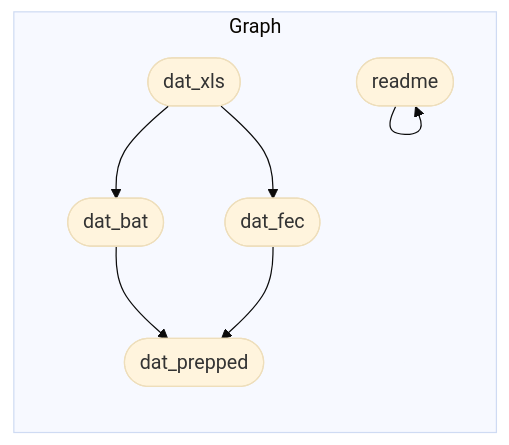
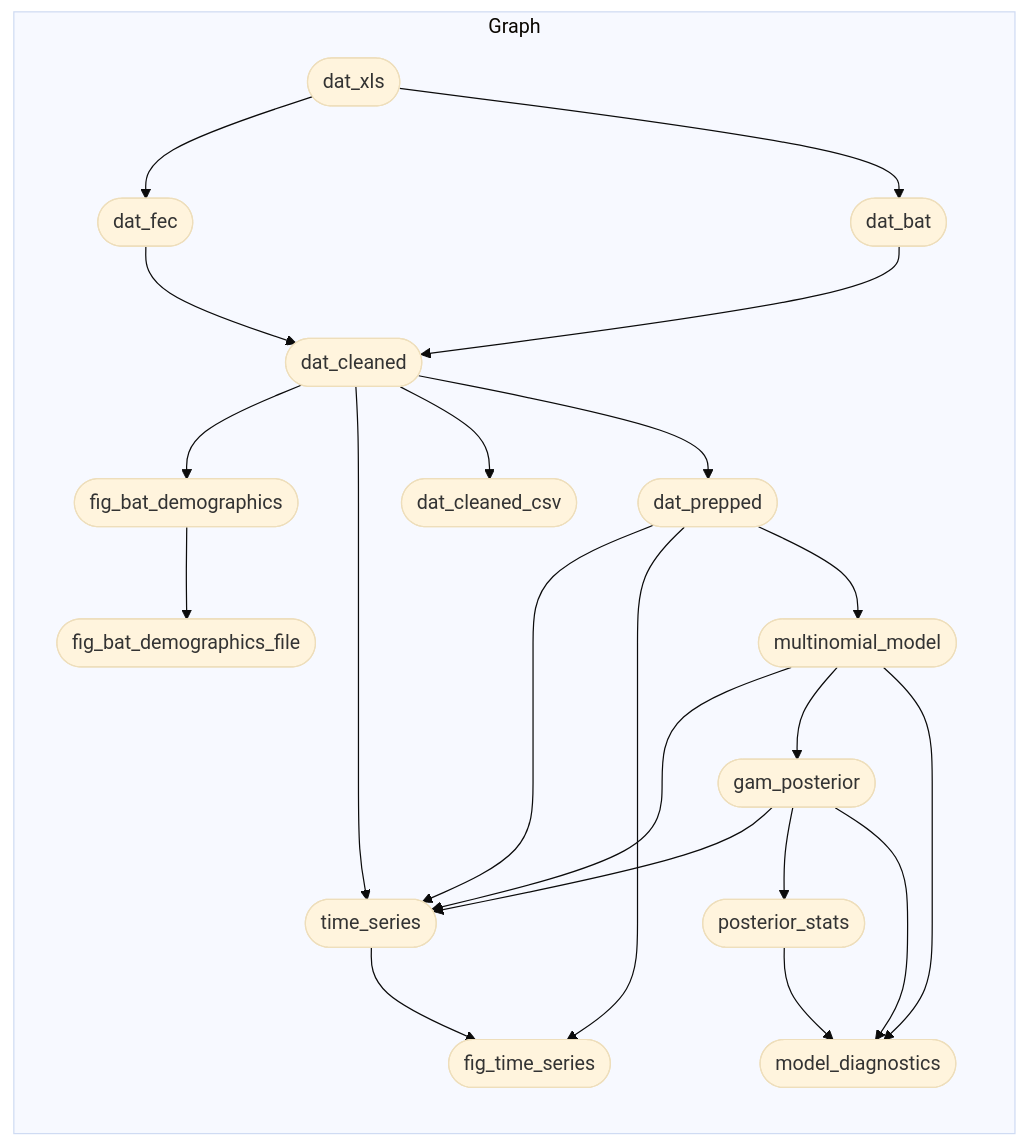
One commit to ecohealthalliance/sabrenet-rousettus-dynamics changed the diagram in README.md. Above: the diagram before and after it, drawn with Mermaid (base theme). The commit also changed 20 other files, not shown here.

````diff
--- a/README.md
+++ b/README.md
@@ -42,10 +42,25 @@
 ``` mermaid
 graph LR
   subgraph Graph
+    x7a7f43da56388c67(["fig_bat_demographics"]):::queued --> x57a7f9cc118d43ce(["fig_bat_demographics_file"]):::queued
+    xba784c3a136c631a(["dat_cleaned"]):::queued --> x7a7f43da56388c67(["fig_bat_demographics"]):::queued
+    xba784c3a136c631a(["dat_cleaned"]):::queued --> xf22c729b71100575(["time_series"]):::queued
+    x4a5cfaffa1d0e789(["dat_prepped"]):::queued --> xf22c729b71100575(["time_series"]):::queued
+    x89c8b8fe66c39f8c(["gam_posterior"]):::queued --> xf22c729b71100575(["time_series"]):::queued
+    x023bc1d70802c4e1(["multinomial_model"]):::queued --> xf22c729b71100575(["time_series"]):::queued
+    x6cf5d6dc2e05a667(["dat_bat"]):::queued --> xba784c3a136c631a(["dat_cleaned"]):::queued
+    x733041ef94e8d4a9(["dat_fec"]):::queued --> xba784c3a136c631a(["dat_cleaned"]):::queued
     xc2117931d245afce(["dat_xls"]):::queued --> x733041ef94e8d4a9(["dat_fec"]):::queued
+    x89c8b8fe66c39f8c(["gam_posterior"]):::queued --> x48dd96190e644d8f(["posterior_stats"]):::queued
+    x023bc1d70802c4e1(["multinomial_model"]):::queued --> x89c8b8fe66c39f8c(["gam_posterior"]):::queued
     xc2117931d245afce(["dat_xls"]):::queued --> x6cf5d6dc2e05a667(["dat_bat"]):::queued
-    x6cf5d6dc2e05a667(["dat_bat"]):::queued --> x4a5cfaffa1d0e789(["dat_prepped"]):::queued
-    x733041ef94e8d4a9(["dat_fec"]):::queued --> x4a5cfaffa1d0e789(["dat_prepped"]):::queued
-    x6e52cb0f1668cc22(["readme"]):::started --> x6e52cb0f1668cc22(["readme"]):::started
+    x89c8b8fe66c39f8c(["gam_posterior"]):::queued --> x1e7dc8900c0252af(["model_diagnostics"]):::queued
+    x023bc1d70802c4e1(["multinomial_model"]):::queued --> x1e7dc8900c0252af(["model_diagnostics"]):::queued
+    x48dd96190e644d8f(["posterior_stats"]):::queued --> x1e7dc8900c0252af(["model_diagnostics"]):::queued
+    x4a5cfaffa1d0e789(["dat_prepped"]):::queued --> xe3a4a17736576ba6(["fig_time_series"]):::queued
+    xf22c729b71100575(["time_series"]):::queued --> xe3a4a17736576ba6(["fig_time_series"]):::queued
+    xba784c3a136c631a(["dat_cleaned"]):::queued --> xdb44d218f76593df(["dat_cleaned_csv"]):::queued
+    x4a5cfaffa1d0e789(["dat_prepped"]):::queued --> x023bc1d70802c4e1(["multinomial_model"]):::queued
+    xba784c3a136c631a(["dat_cleaned"]):::queued --> x4a5cfaffa1d0e789(["dat_prepped"]):::queued
   end
 ```
````
